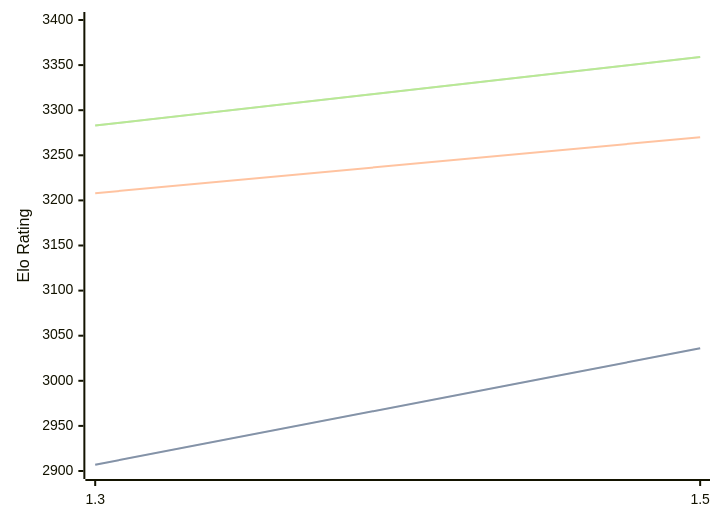
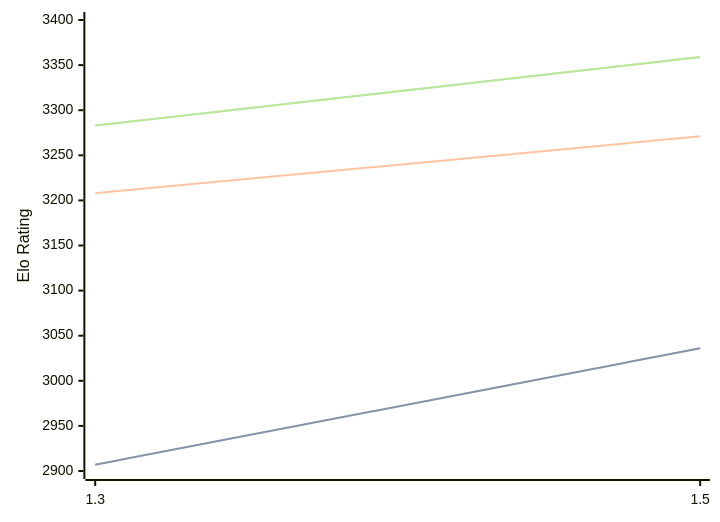
One commit to computer-chess-index/cci changed the diagram in engines/Lambergar.md. Above: the diagram before and after it, drawn with Mermaid. The commit also changed other lines of this file, not shown here.

````diff
--- a/engines/Lambergar.md
+++ b/engines/Lambergar.md
@@ -32,11 +32,11 @@
 ```mermaid
 %%{init: {"theme":"base","themeVariables":{"seriesColors:['#a3a3a3','#222221','#faa371']}}}%%
 xychart-beta
   x-axis ["1.3", "1.5"]
   y-axis "Elo Rating" 2900 --> 3400
   line "STC (8.0+0.08s)" [2907, 3036]
   line "STC (8.0+0.08s)" [2907, 3036]
-  line "LTC (60.0+0.60s)" [3208, 3270]
+  line "LTC (60.0+0.60s)" [3208, 3271]
   line "VLTC (2m24s+1.12s)" [3283, 3359]
   line "VLTC (2m24s+1.12s)" [3283, 3359]
 ```
````
